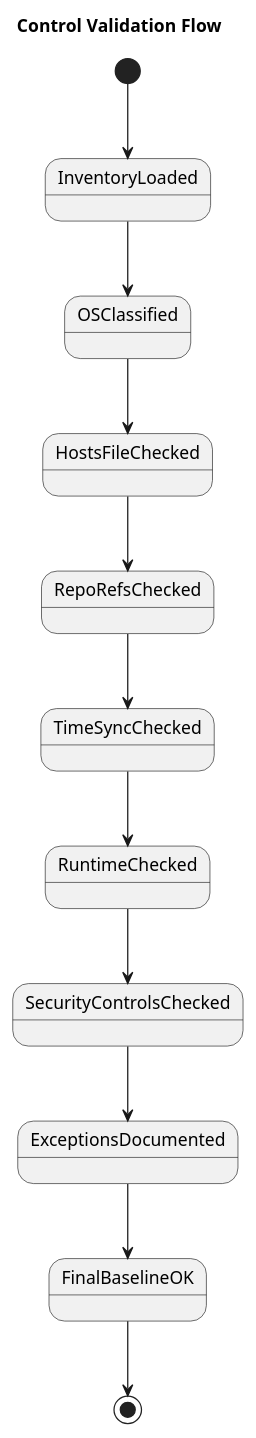
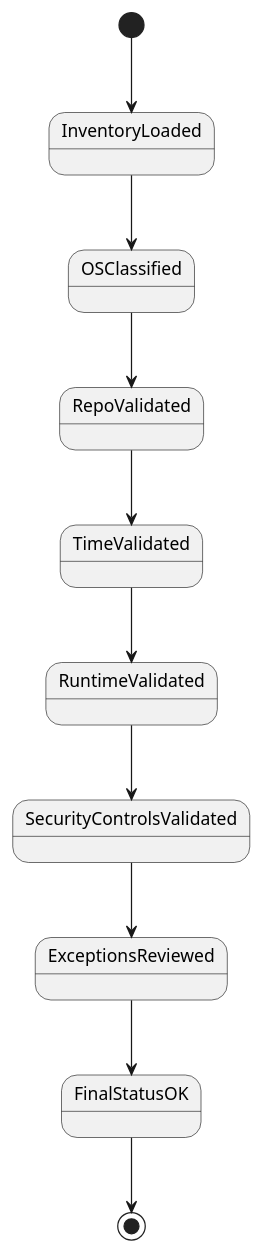
The diagram in docs/diagrams/plantuml-fallback/03-control-validation-flow.puml (ahmadsheikhi89/ansible-managed-dc-baseline), drawn with PlantUML before and after one commit. The commit also changed 64 other files, not shown here.

```diff
--- a/docs/diagrams/plantuml-fallback/03-control-validation-flow.puml
+++ b/docs/diagrams/plantuml-fallback/03-control-validation-flow.puml
@@ -1,15 +1,13 @@
 @startuml
 skinparam monochrome true
 skinparam shadowing false
-title Control Validation Flow
 [*] --> InventoryLoaded
 InventoryLoaded --> OSClassified
-OSClassified --> HostsFileChecked
-HostsFileChecked --> RepoRefsChecked
-RepoRefsChecked --> TimeSyncChecked
-TimeSyncChecked --> RuntimeChecked
-RuntimeChecked --> SecurityControlsChecked
-SecurityControlsChecked --> ExceptionsDocumented
-ExceptionsDocumented --> FinalBaselineOK
-FinalBaselineOK --> [*]
+OSClassified --> RepoValidated
+RepoValidated --> TimeValidated
+TimeValidated --> RuntimeValidated
+RuntimeValidated --> SecurityControlsValidated
+SecurityControlsValidated --> ExceptionsReviewed
+ExceptionsReviewed --> FinalStatusOK
+FinalStatusOK --> [*]
 @enduml
```
